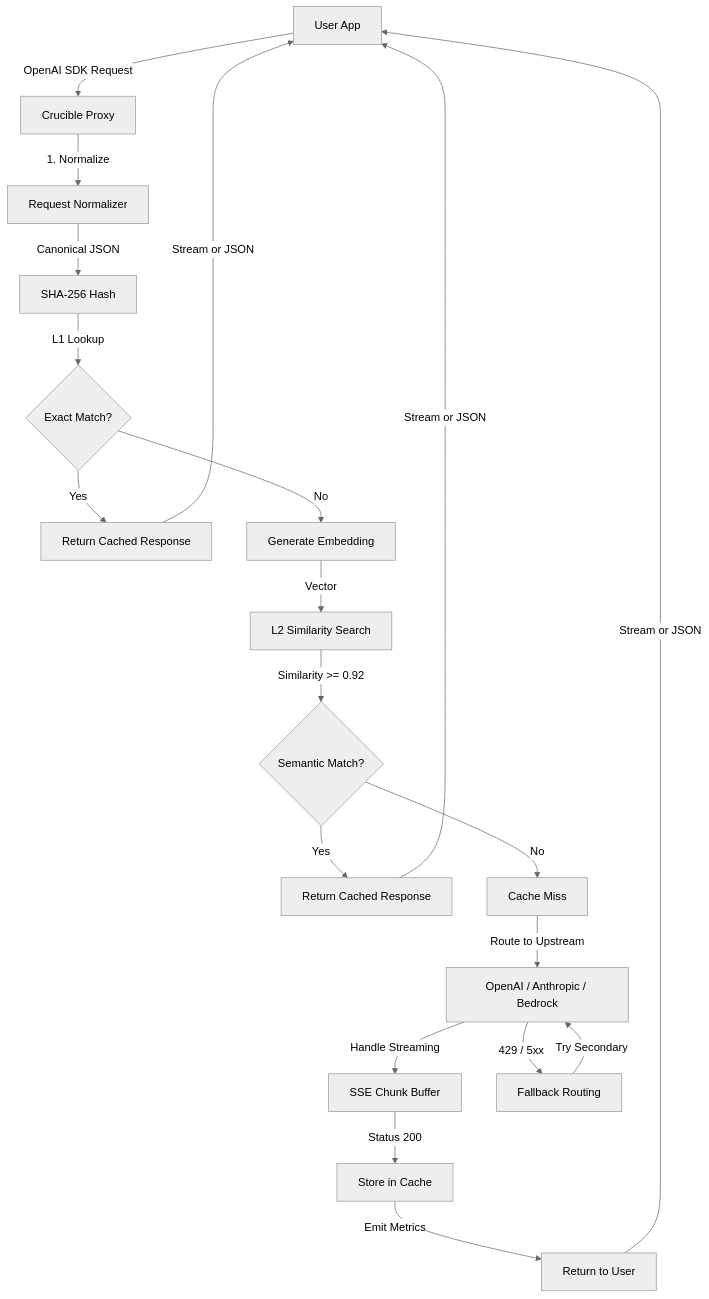
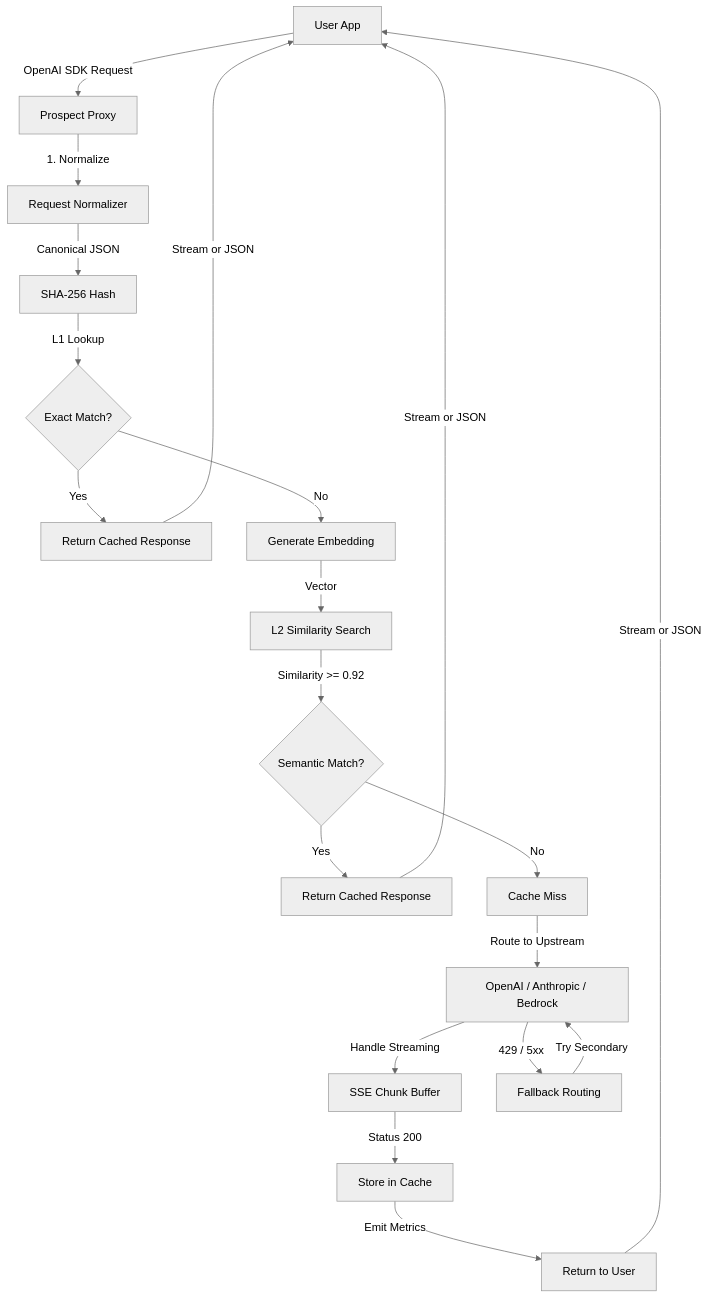
The first of 2 diagrams in docs/adr/001-architecture.md (CraftedWithIntent/prospect-ai), drawn with Mermaid (neutral theme) before and after one commit. The commit also changed other lines of this file and 16 other files, not shown here.

````diff
--- a/docs/adr/001-architecture.md
+++ b/docs/adr/001-architecture.md
@@ -45,27 +45,27 @@
 ```mermaid
 flowchart TD
-    A["User App"] -->|OpenAI SDK Request| B["Crucible Proxy"]
+    A["User App"] -->|OpenAI SDK Request| B["Prospect Proxy"]
     B -->|1. Normalize| C["Request Normalizer"]
     C -->|Canonical JSON| D["SHA-256 Hash"]
     D -->|L1 Lookup| E{Exact Match?}
     
     E -->|Yes| F["Return Cached Response"]
     F -->|Stream or JSON| A
     
     E -->|No| G["Generate Embedding"]
     G -->|Vector| H["L2 Similarity Search"]
     H -->|Similarity >= 0.92| I{Semantic Match?}
     
     I -->|Yes| J["Return Cached Response"]
     J -->|Stream or JSON| A
     
     I -->|No| K["Cache Miss"]
     K -->|Route to Upstream| L["OpenAI / Anthropic / Bedrock"]
     L -->|Handle Streaming| M["SSE Chunk Buffer"]
     M -->|Status 200| N["Store in Cache"]
     N -->|Emit Metrics| O["Return to User"]
     O -->|Stream or JSON| A
     
     L -->|429 / 5xx| P["Fallback Routing"]
     P -->|Try Secondary| L
 ```
````
